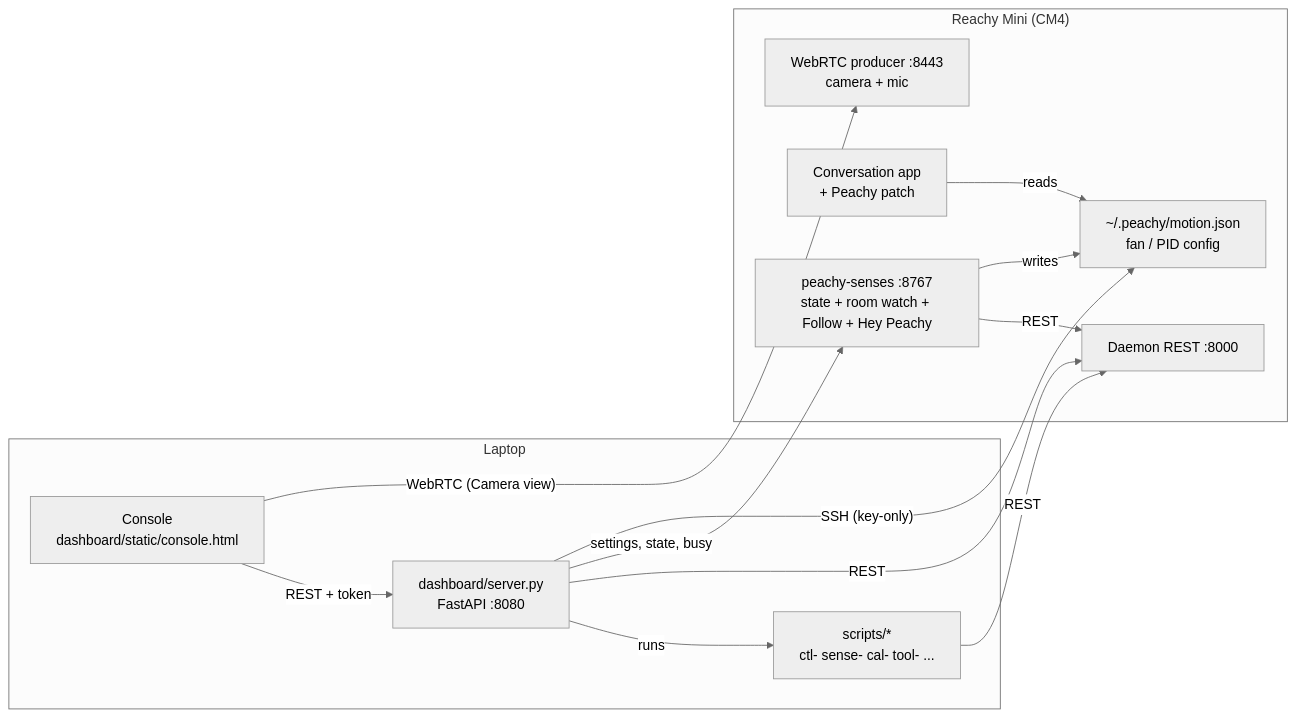
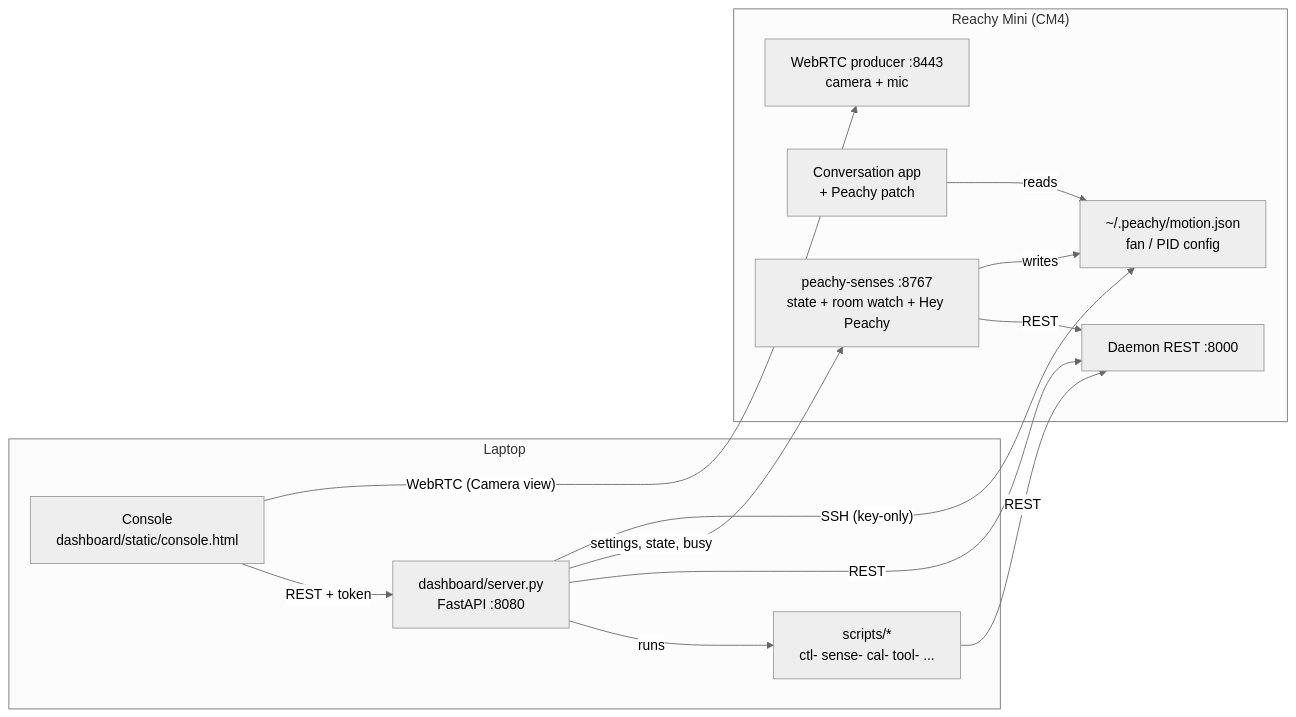
One commit to QimingTian/Peachy changed the diagram in README.md. Above: the diagram before and after it, drawn with Mermaid (neutral theme). The commit also changed other lines of this file and 9 other files, not shown here.

First line of the commit message:
Peachy v3.1.0: follows the speaker, Vosk wake word, robust room watch

````diff
--- a/README.md
+++ b/README.md
@@ -17,25 +17,25 @@
 ```mermaid
 flowchart LR
   subgraph Laptop
     UI["Console<br/>dashboard/static/console.html"]
     S["dashboard/server.py<br/>FastAPI :8080"]
     SC["scripts/*<br/>ctl- sense- cal- tool- ..."]
     UI -- "REST + token" --> S
     S -- "runs" --> SC
   end
   subgraph Robot["Reachy Mini (CM4)"]
     D["Daemon REST :8000"]
     W["WebRTC producer :8443<br/>camera + mic"]
     A["Conversation app<br/>+ Peachy patch"]
-    E["peachy-senses :8767<br/>state + room watch + Follow + Hey Peachy"]
+    E["peachy-senses :8767<br/>state + room watch + Hey Peachy"]
     CFG["~/.peachy/motion.json<br/>fan / PID config"]
   end
   S -- "REST" --> D
   SC -- "REST" --> D
   S -- "settings, state, busy" --> E
   E -- "REST" --> D
   E -- "writes" --> CFG
   UI -- "WebRTC (Camera view)" --> W
   S -- "SSH (key-only)" --> CFG
   A -- "reads" --> CFG
 ```
````
